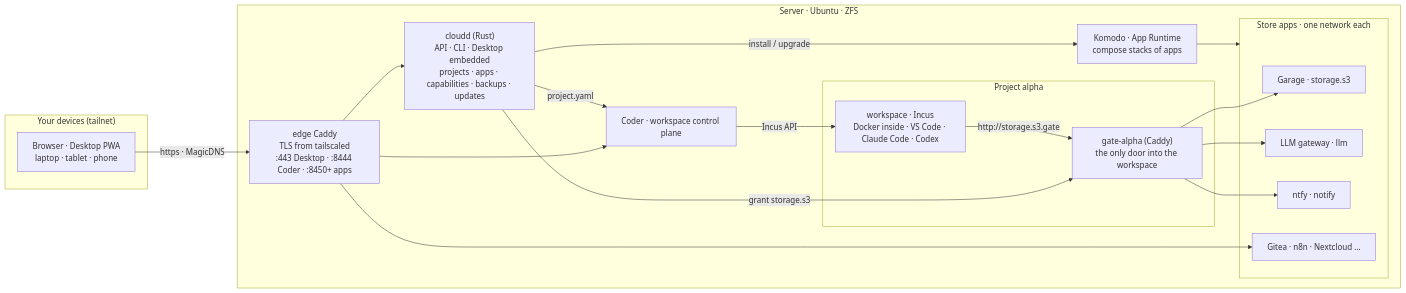
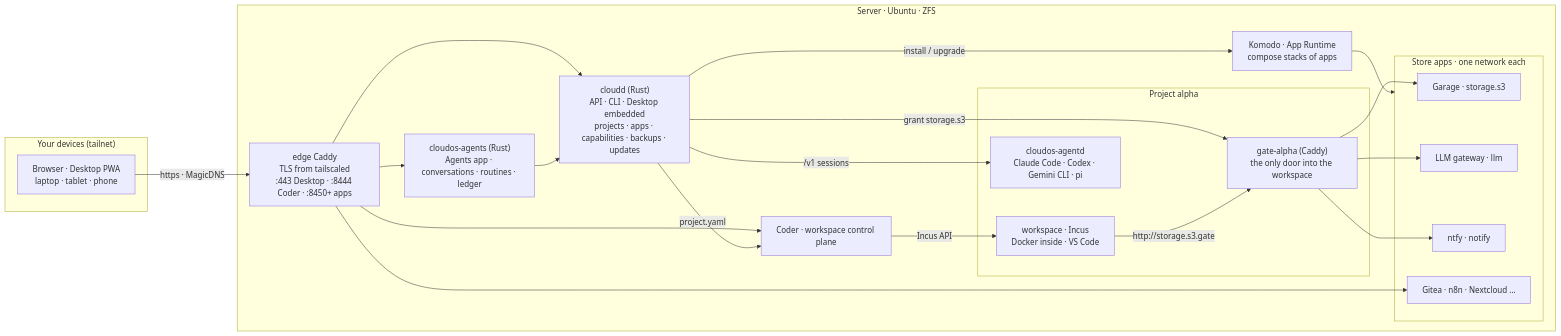
The diagram in README.md (agentverse-os/AgentVerse-OS), drawn with Mermaid before and after one commit. The commit also changed other lines of this file and 210 other files, not shown here.

Commit message:
Agents: agent runtime in workspaces, Agents service and app; core, Desktop, installer and store updates

````diff
--- a/README.md
+++ b/README.md
@@ -70,37 +80,42 @@
 ```mermaid
 flowchart LR
   subgraph devices["Your devices (tailnet)"]
     B["Browser · Desktop PWA<br/>laptop · tablet · phone"]
   end
 
   subgraph host["Server · Ubuntu · ZFS"]
     E["edge Caddy<br/>TLS from tailscaled<br/>:443 Desktop · :8444 Coder · :8450+ apps"]
     C["cloudd (Rust)<br/>API · CLI · Desktop embedded<br/>projects · apps · capabilities · backups · updates"]
+    A["cloudos-agents (Rust)<br/>Agents app · conversations · routines · ledger"]
     subgraph ws["Project alpha"]
       G["gate-alpha (Caddy)<br/>the only door into the workspace"]
-      W["workspace · Incus<br/>Docker inside · VS Code · Claude Code · Codex"]
+      W["workspace · Incus<br/>Docker inside · VS Code"]
+      D["cloudos-agentd<br/>Claude Code · Codex · Gemini CLI · pi"]
     end
     K["Komodo · App Runtime<br/>compose stacks of apps"]
     subgraph apps["Store apps · one network each"]
       S3["Garage · storage.s3"]
       LLM["LLM gateway · llm"]
       N["ntfy · notify"]
       X["Gitea · n8n · Nextcloud …"]
     end
     CO["Coder · workspace control plane"]
   end
 
   B -- "https · MagicDNS" --> E
   E --> C
+  E --> A
+  A --> C
+  C -- "/v1 sessions" --> D
   E --> CO
   E --> X
   C -- "project.yaml" --> CO
   CO -- "Incus API" --> W
   C -- "grant storage.s3" --> G
   G --> S3
   G --> LLM
   G --> N
   W -- "http://storage.s3.gate" --> G
   C -- "install / upgrade" --> K
   K --> apps
 ```
````
